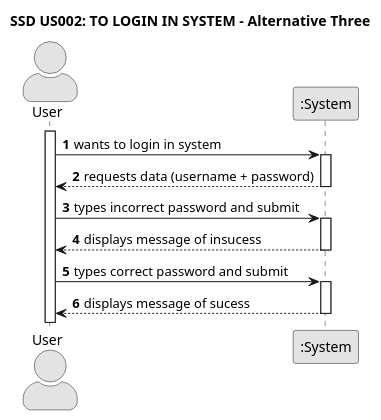
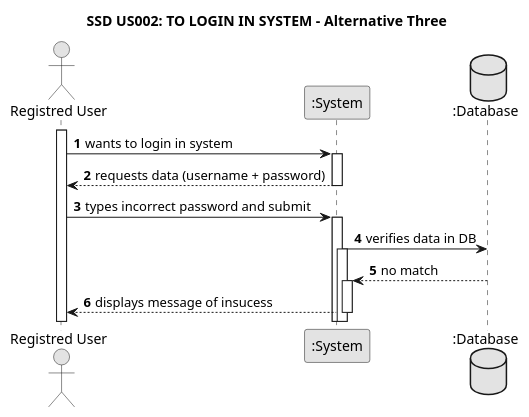
Before and after one commit to TiagoMagalhaes1232507/Testando-projeto: the diagram in docs/sprint01/us002/01.requirements-engineering/puml/us002-system-sequence-diagram-alternative-three.puml, drawn with PlantUML. The commit also changed 11 other files, not shown here.

```diff
--- a/docs/sprint01/us002/01.requirements-engineering/puml/us002-system-sequence-diagram-alternative-three.puml
+++ b/docs/sprint01/us002/01.requirements-engineering/puml/us002-system-sequence-diagram-alternative-three.puml
@@ -1,35 +1,38 @@
 @startuml
 skinparam monochrome true
 skinparam packageStyle rectangle
 skinparam shadowing false
-skinparam actorStyle awesome
+
 
 
 title SSD US002: TO LOGIN IN SYSTEM - Alternative Three
 
 autonumber
 
-actor "User" as User
+actor "Registred User" as User
 participant ":System" as System
+database ":Database" as Database
 
 activate User
 
     User -> System : wants to login in system
     activate System
 
         System --> User : requests data (username + password)
     deactivate System
 
     User -> System : types incorrect password and submit
     activate System
 
+        System -> Database : verifies data in DB
+    activate System
+
+       Database --> System : no match
+    activate System
+
         System --> User :displays message of insucess
     deactivate System
 
-    User -> System : types correct password and submit
-    activate System
 
-        System --> User :displays message of sucess
-    deactivate System
 
 @enduml
```
